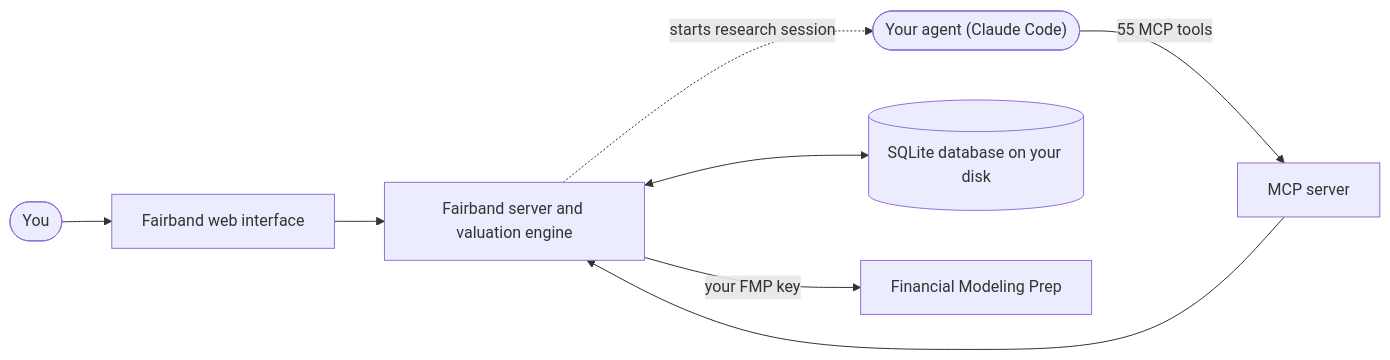
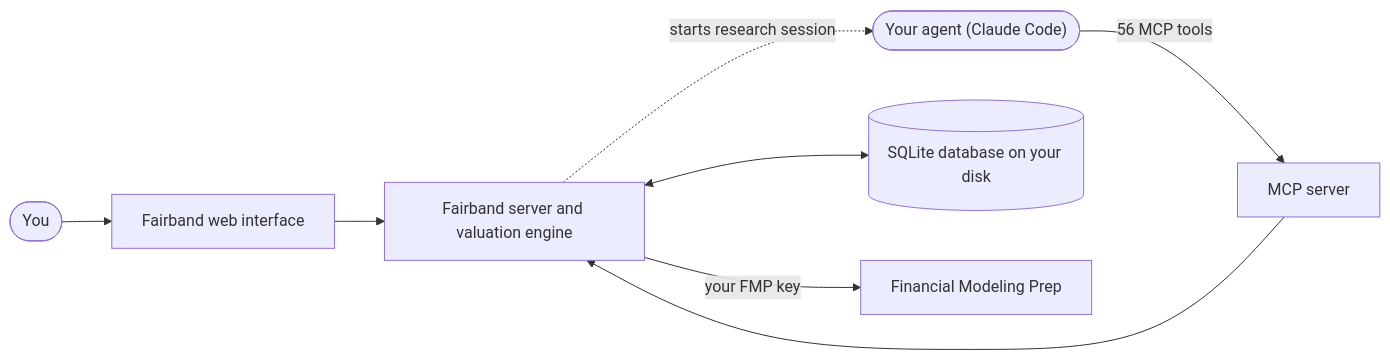
The diagram in README.md (kabanami/fairband), drawn with Mermaid before and after one commit. The commit also changed other lines of this file and 2 other files, not shown here.

First line of the commit message:
Give the setup of the Claude app on Windows in the agents document, its Code tab and its Chat tab as tested, count 56 tools in the documents, and narrow the backlog's row on what stays untested there

````diff
--- a/README.md
+++ b/README.md
@@ -14,10 +14,10 @@
 ```mermaid
 flowchart LR
     you(["You"]) --> pages["Fairband web interface"]
-    agent(["Your agent (Claude Code)"]) -- "55 MCP tools" --> mcp["MCP server"]
+    agent(["Your agent (Claude Code)"]) -- "56 MCP tools" --> mcp["MCP server"]
     pages --> server["Fairband server and valuation engine"]
     mcp --> server
     server -. "starts research session" .-> agent
     server <--> db[("SQLite database on your disk")]
     server -- "your FMP key" --> fmp["Financial Modeling Prep"]
 ```
````
